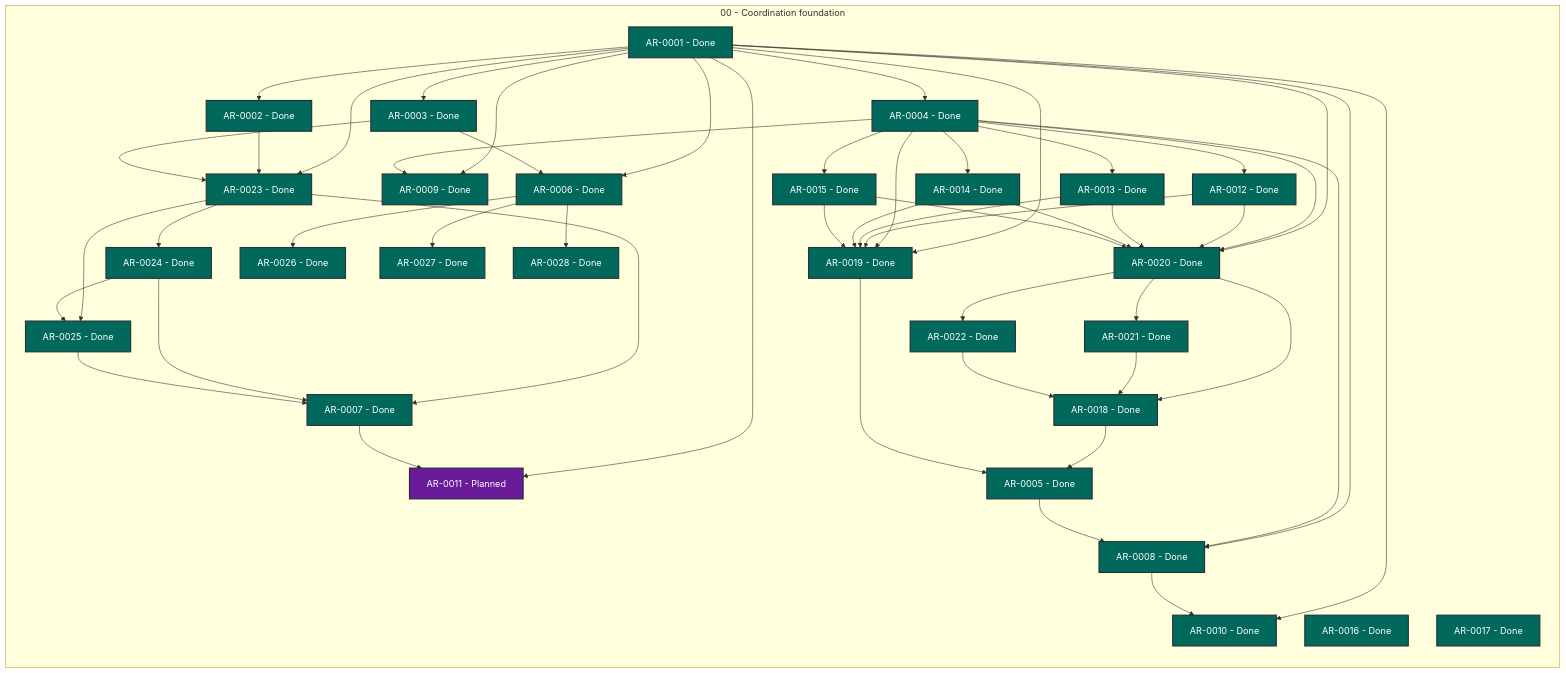
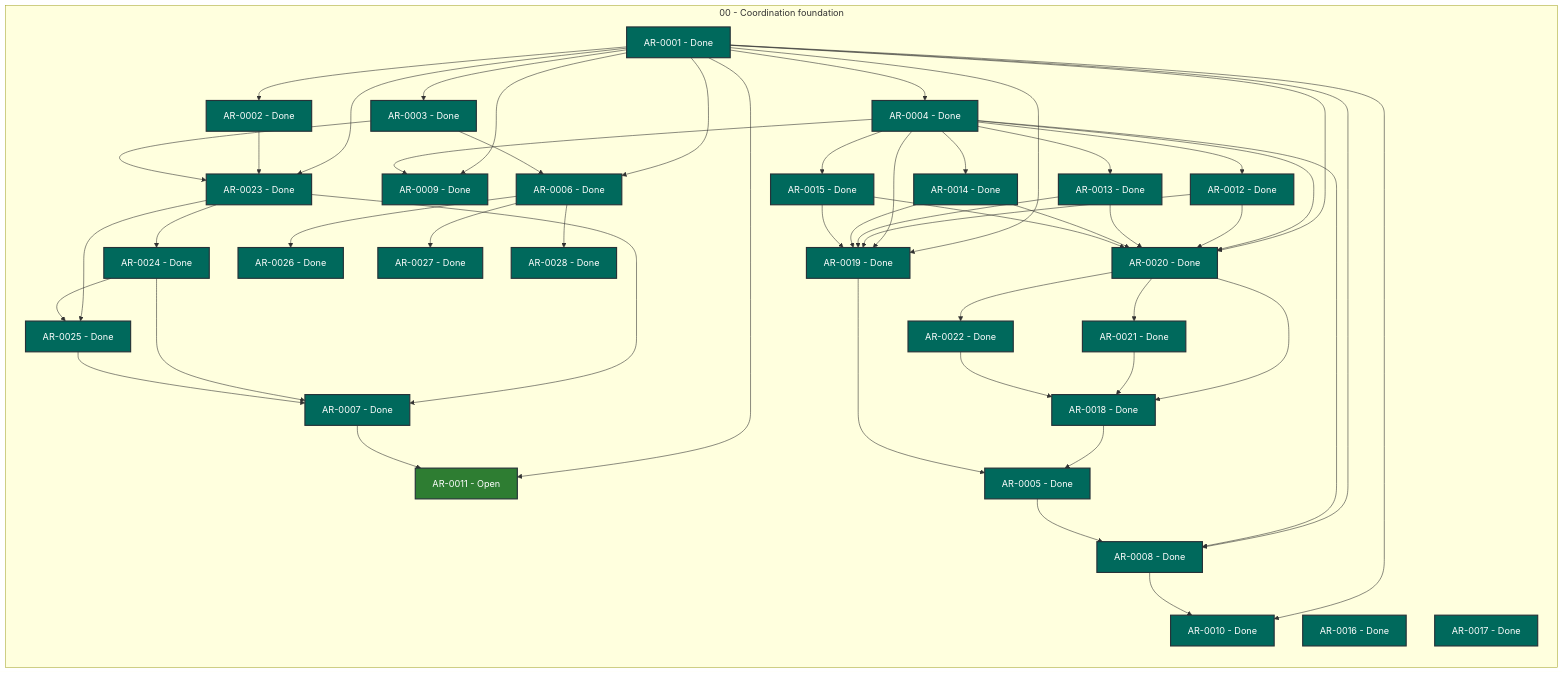
The diagram in STATUS.md (martin-beck/agent-workflow-quality-state), drawn with Mermaid before and after one commit. The commit also changed other lines of this file and 2 other files, not shown here.

```diff
--- a/STATUS.md
+++ b/STATUS.md
@@ -38,7 +38,7 @@
         AR_0008["AR-0008 - Done"]:::status_done
         AR_0009["AR-0009 - Done"]:::status_done
         AR_0010["AR-0010 - Done"]:::status_done
-        AR_0011["AR-0011 - Planned"]:::status_planned
+        AR_0011["AR-0011 - Open"]:::status_open
         AR_0012["AR-0012 - Done"]:::status_done
         AR_0013["AR-0013 - Done"]:::status_done
         AR_0014["AR-0014 - Done"]:::status_done
```
